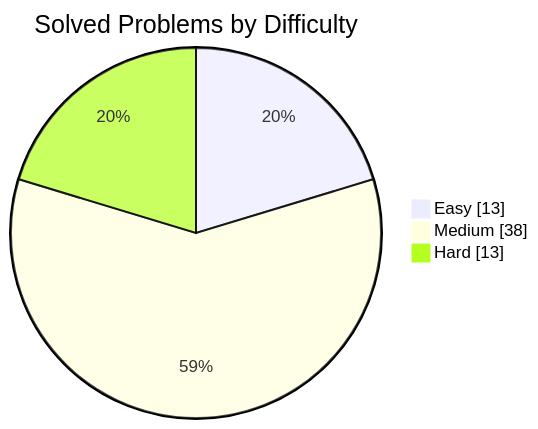
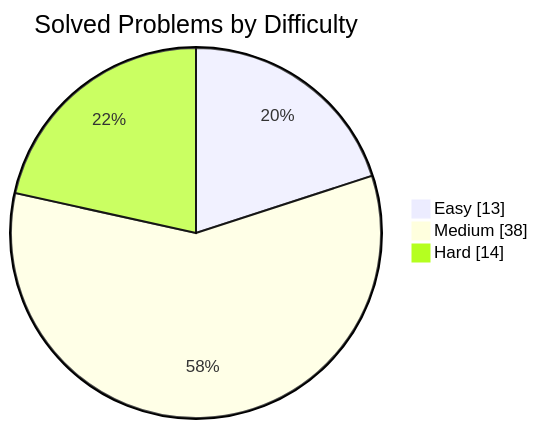
Before and after one commit to manikantbindass/DSA-Preparation-FAANG: the first of 2 diagrams in README.md, drawn with Mermaid. The commit also changed other lines of this file and 3 other files, not shown here.

````diff
--- a/README.md
+++ b/README.md
@@ -38,7 +38,7 @@
 ```mermaid
 pie showData
     title Solved Problems by Difficulty
     "Easy" : 13
     "Medium" : 38
-    "Hard" : 13
+    "Hard" : 14
 ```
````
